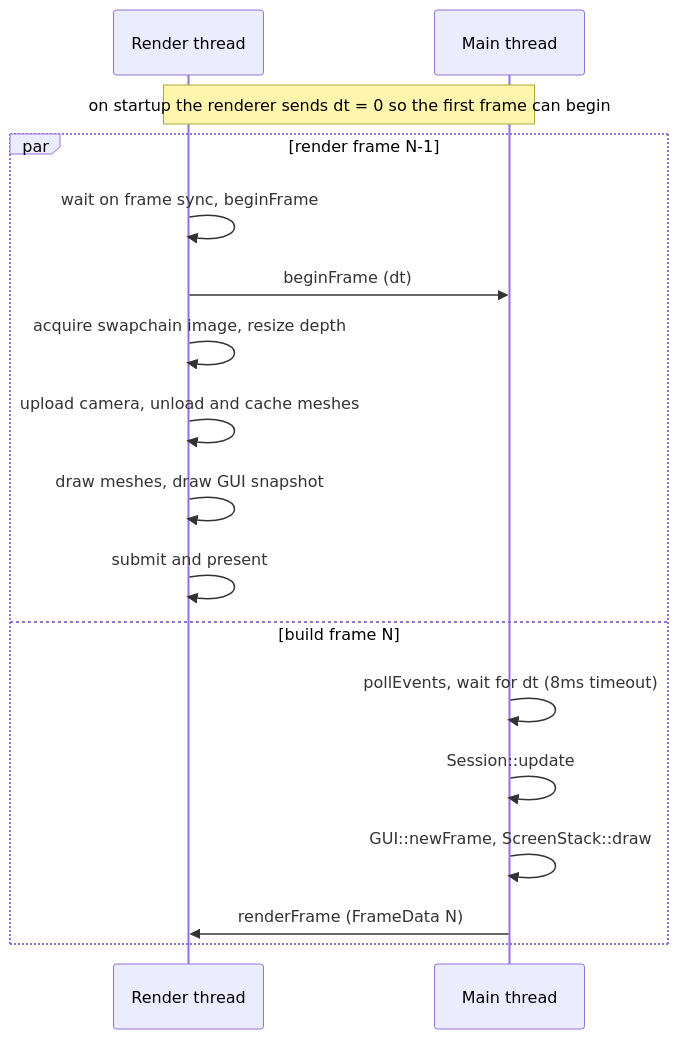
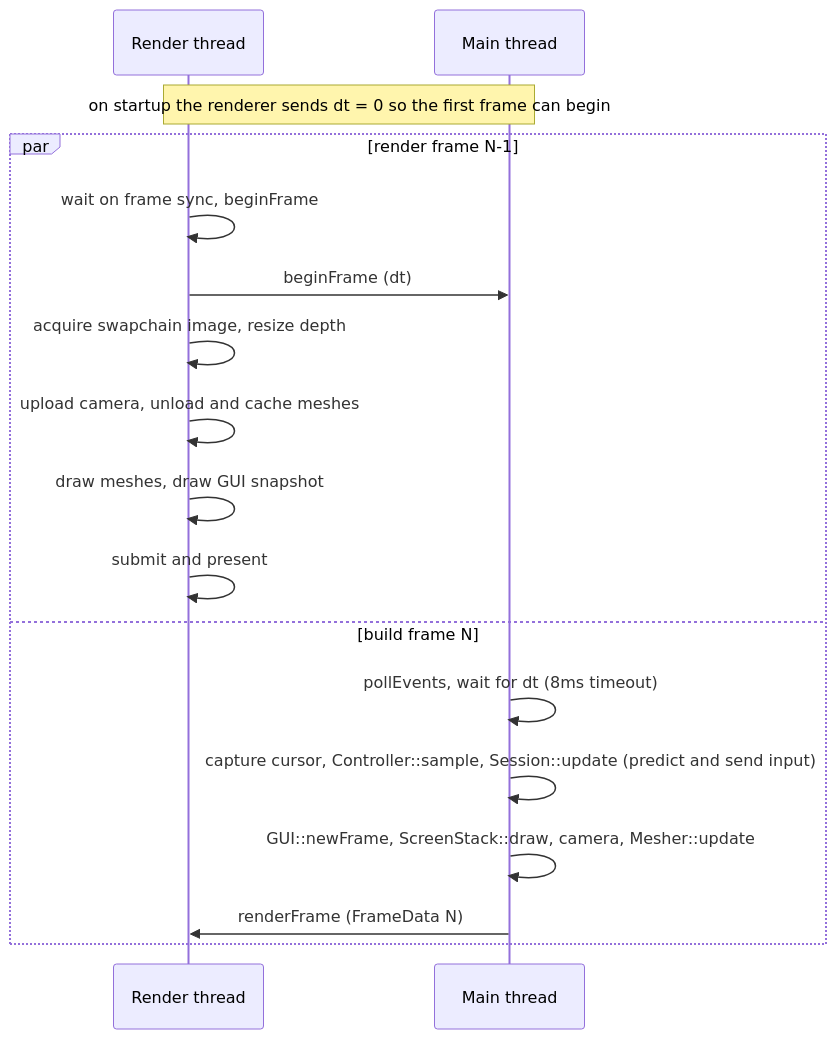
One commit to hippgroot/cave-game changed the second of 3 diagrams in docs/architecture.md. Above: the diagram before and after it, drawn with Mermaid. The commit also changed other lines of this file and 84 other files, not shown here.

````diff
--- a/docs/architecture.md
+++ b/docs/architecture.md
@@ -91,20 +111,20 @@
 ```mermaid
 sequenceDiagram
   participant R as Render thread
   participant M as Main thread
 
   Note over R,M: on startup the renderer sends dt = 0 so the first frame can begin
   par render frame N-1
     R->>R: wait on frame sync, beginFrame
     R->>M: beginFrame (dt)
     R->>R: acquire swapchain image, resize depth
     R->>R: upload camera, unload and cache meshes
     R->>R: draw meshes, draw GUI snapshot
     R->>R: submit and present
   and build frame N
     M->>M: pollEvents, wait for dt (8ms timeout)
-    M->>M: Session::update
-    M->>M: GUI::newFrame, ScreenStack::draw
+    M->>M: capture cursor, Controller::sample, Session::update (predict and send input)
+    M->>M: GUI::newFrame, ScreenStack::draw, camera, Mesher::update
     M->>R: renderFrame (FrameData N)
   end
 ```
````
